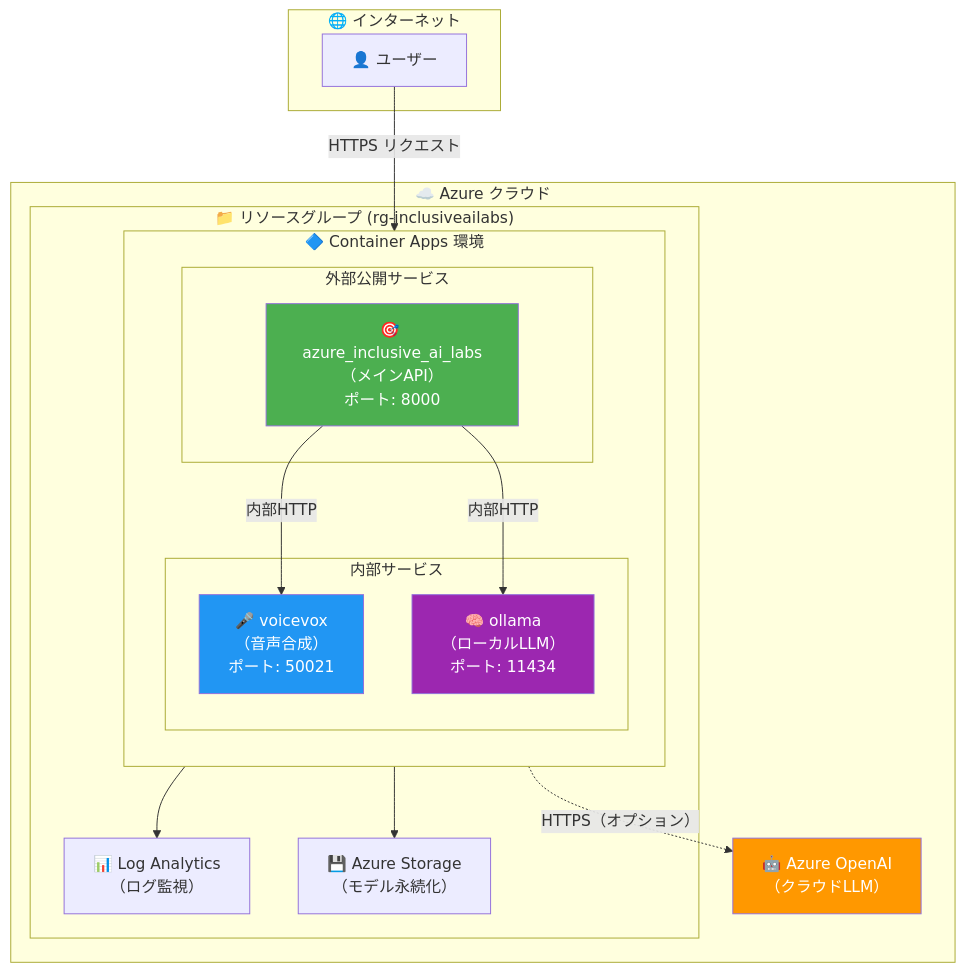
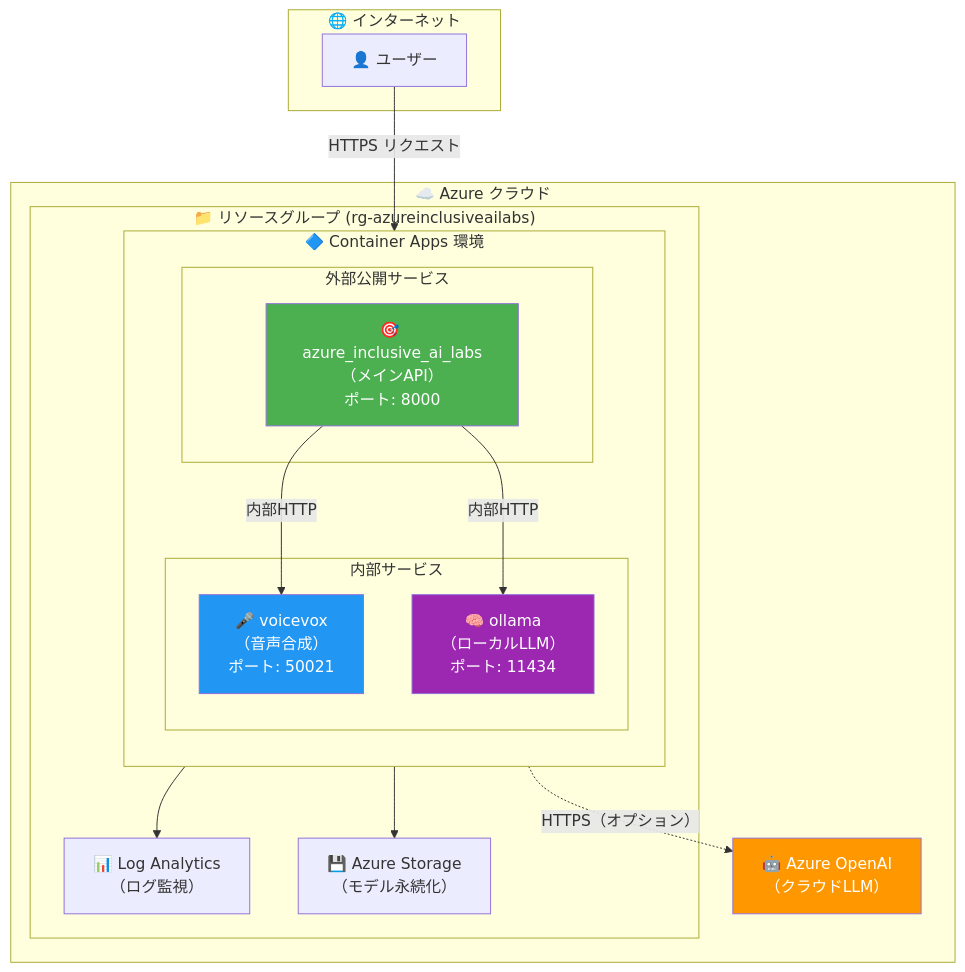
The first of 12 diagrams in infra/scenarios/azure_inclusive_ai_labs/README.md (ks6088ts/template-terraform), drawn with Mermaid before and after one commit. The commit also changed other lines of this file and 2 other files, not shown here.

Commit message:
inclusiveailabs -> azureinclusiveailabs

````diff
--- a/infra/scenarios/azure_inclusive_ai_labs/README.md
+++ b/infra/scenarios/azure_inclusive_ai_labs/README.md
@@ -25,40 +25,40 @@
 ```mermaid
 flowchart TB
     subgraph Internet["🌐 インターネット"]
         User["👤 ユーザー"]
     end
 
     subgraph Azure["☁️ Azure クラウド"]
-        subgraph RG["📁 リソースグループ (rg-inclusiveailabs)"]
+        subgraph RG["📁 リソースグループ (rg-azureinclusiveailabs)"]
             subgraph CAE["🔷 Container Apps 環境"]
                 direction TB
 
                 subgraph External["外部公開サービス"]
                     IAL["🎯 azure_inclusive_ai_labs<br/>（メインAPI）<br/>ポート: 8000"]
                 end
 
                 subgraph Internal["内部サービス"]
                     VV["🎤 voicevox<br/>（音声合成）<br/>ポート: 50021"]
                     OL["🧠 ollama<br/>（ローカルLLM）<br/>ポート: 11434"]
                 end
             end
 
             LAW["📊 Log Analytics<br/>（ログ監視）"]
             Storage["💾 Azure Storage<br/>（モデル永続化）"]
         end
 
         AOAI["🤖 Azure OpenAI<br/>（クラウドLLM）"]
     end
 
     User -->|"HTTPS リクエスト"| IAL
     IAL -->|"内部HTTP"| VV
     IAL -->|"内部HTTP"| OL
     IAL -.->|"HTTPS（オプション）"| AOAI
     CAE --> LAW
     OL --> Storage
 
     style IAL fill:#4CAF50,color:#fff
     style VV fill:#2196F3,color:#fff
     style OL fill:#9C27B0,color:#fff
     style AOAI fill:#FF9800,color:#fff
 ```
````
